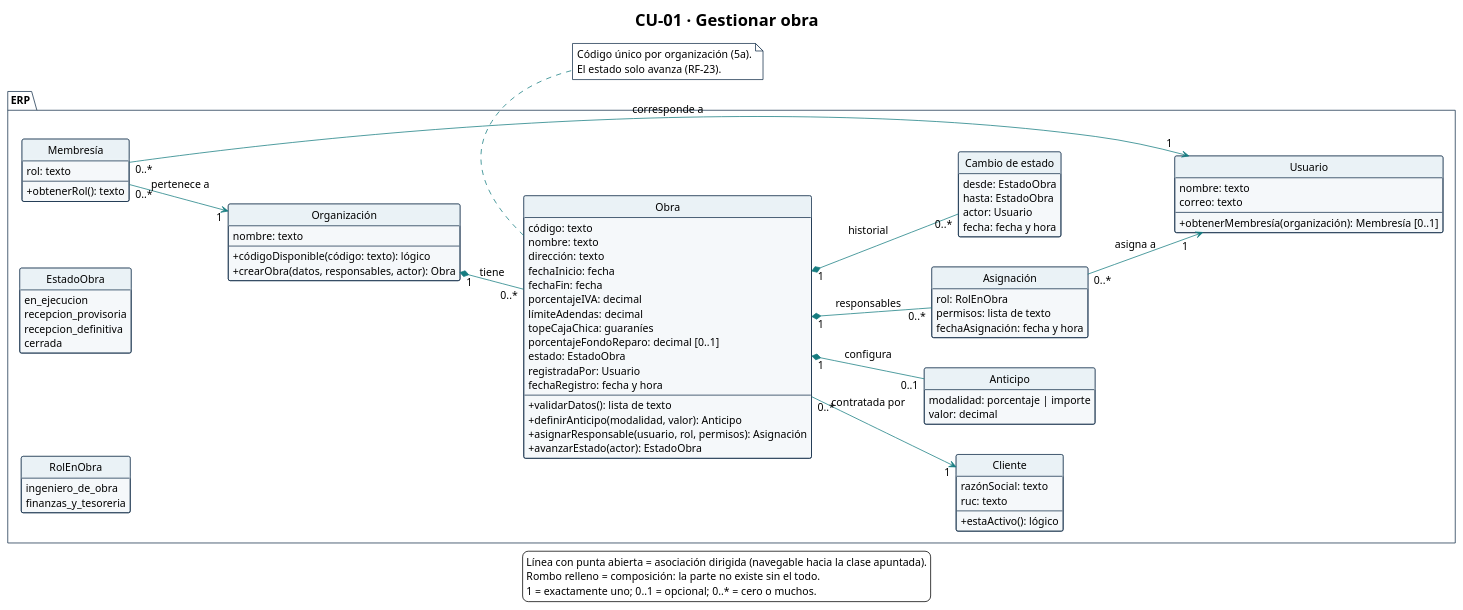
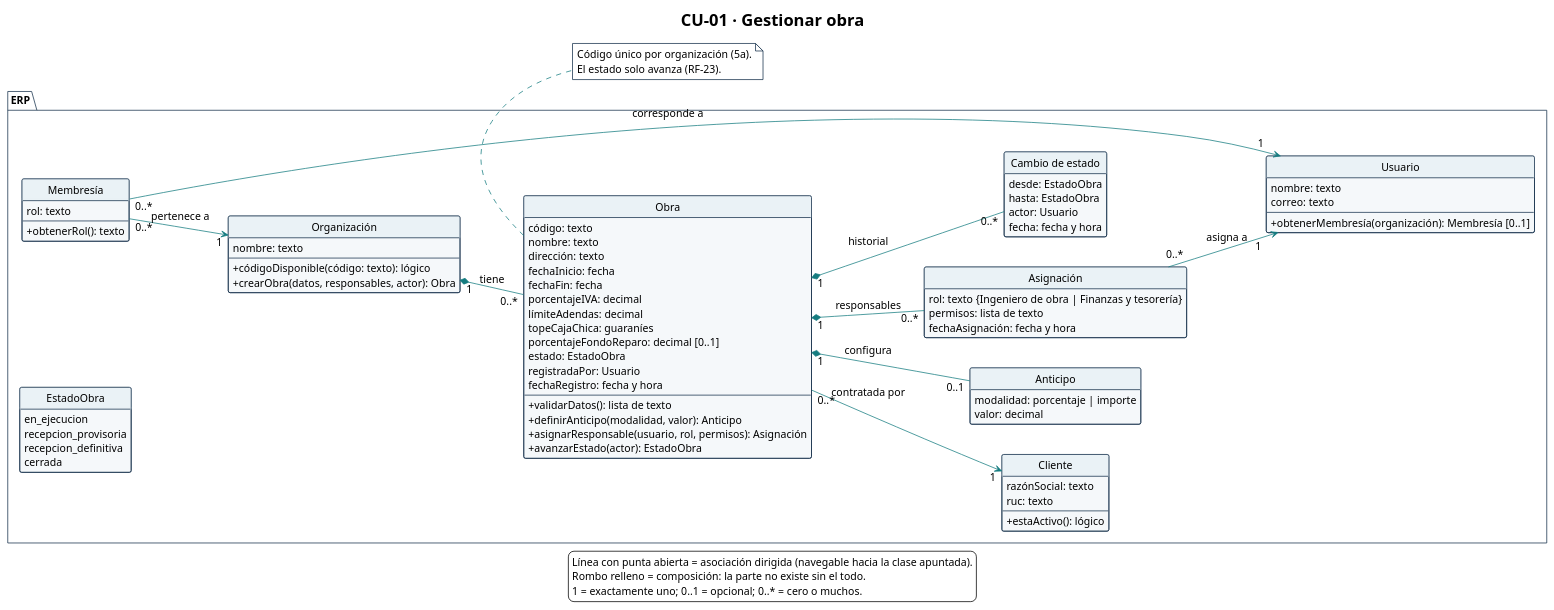
The diagram in diagramas/CU-01-clases.puml (Ssrrb/tpf-uca), drawn with PlantUML before and after one commit. The commit also changed 11 other files, not shown here.

```diff
--- a/diagramas/CU-01-clases.puml
+++ b/diagramas/CU-01-clases.puml
@@ -1,128 +1,123 @@
 @startuml
 !theme plain
 skinparam style strictuml
 title CU-01 · Gestionar obra
 hide circle
 hide empty methods
 hide empty fields
 skinparam shadowing false
 skinparam classAttributeIconSize 0
 skinparam defaultFontName Arial
 skinparam defaultFontSize 14
 skinparam nodesep 40
 skinparam ranksep 50
 skinparam ArrowColor #167C80
 skinparam class {
   BackgroundColor #F5F8FA
   BorderColor #17324D
   HeaderBackgroundColor #EAF2F6
 }
 skinparam package {
   BackgroundColor #FFFFFF
   BorderColor #17324D
 }
 skinparam note {
   BackgroundColor #FFFFFF
   BorderColor #17324D
 }
 left to right direction
 
 package "ERP" {
   class "Organización" as Organizacion {
     nombre: texto
     --
     + códigoDisponible(código: texto): lógico
     + crearObra(datos, responsables, actor): Obra
   }
 
   class Usuario {
     nombre: texto
     correo: texto
     --
     + obtenerMembresía(organización): Membresía [0..1]
   }
 
   class "Membresía" as Membresia {
     rol: texto
     --
     + obtenerRol(): texto
   }
 
   class Cliente {
     razónSocial: texto
     ruc: texto
     --
     + estaActivo(): lógico
   }
 
   class Obra {
     código: texto
     nombre: texto
     dirección: texto
     fechaInicio: fecha
     fechaFin: fecha
     porcentajeIVA: decimal
     límiteAdendas: decimal
     topeCajaChica: guaraníes
     porcentajeFondoReparo: decimal [0..1]
     estado: EstadoObra
     registradaPor: Usuario
     fechaRegistro: fecha y hora
     --
     + validarDatos(): lista de texto
     + definirAnticipo(modalidad, valor): Anticipo
     + asignarResponsable(usuario, rol, permisos): Asignación
     + avanzarEstado(actor): EstadoObra
   }
 
   class Anticipo {
     modalidad: porcentaje | importe
     valor: decimal
   }
 
   class "Asignación" as Asignacion {
-    rol: RolEnObra
+    rol: texto {Ingeniero de obra | Finanzas y tesorería}
     permisos: lista de texto
     fechaAsignación: fecha y hora
   }
 
   class "Cambio de estado" as CambioEstado {
     desde: EstadoObra
     hasta: EstadoObra
     actor: Usuario
     fecha: fecha y hora
   }
 
   enum EstadoObra {
     en_ejecucion
     recepcion_provisoria
     recepcion_definitiva
     cerrada
-  }
-
-  enum RolEnObra {
-    ingeniero_de_obra
-    finanzas_y_tesoreria
   }
 }
 
 Organizacion "1" *-- "0..*" Obra : tiene
 Membresia "0..*" --> "1" Usuario : corresponde a
 Membresia "0..*" --> "1" Organizacion : pertenece a
 Obra "0..*" --> "1" Cliente : contratada por
 Obra "1" *-- "0..1" Anticipo : configura
 Obra "1" *-- "0..*" Asignacion : responsables
 Asignacion "0..*" --> "1" Usuario : asigna a
 Obra "1" *-- "0..*" CambioEstado : historial
 
 note bottom of Obra
   Código único por organización (5a).
   El estado solo avanza (RF-23).
 end note
 
 legend bottom
   Línea con punta abierta = asociación dirigida (navegable hacia la clase apuntada).
   Rombo relleno = composición: la parte no existe sin el todo.
   1 = exactamente uno; 0..1 = opcional; 0..* = cero o muchos.
 endlegend
 @enduml
```
